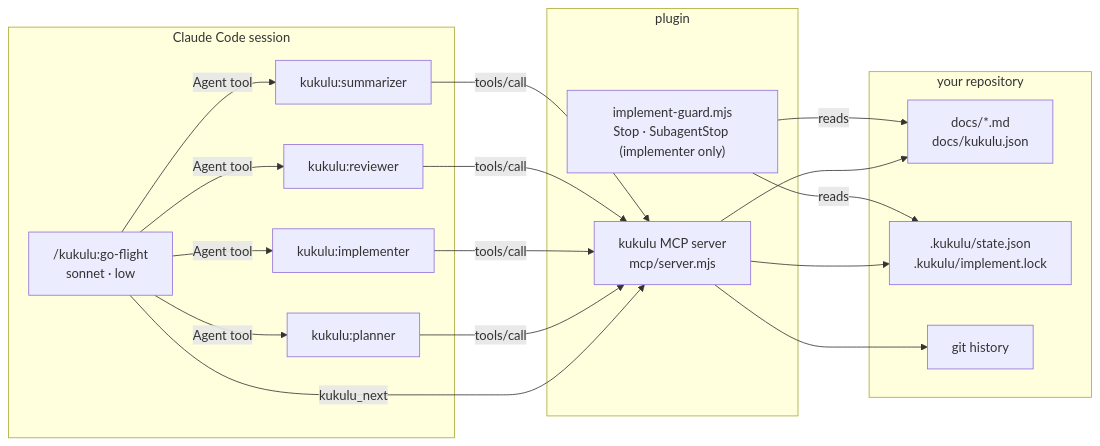
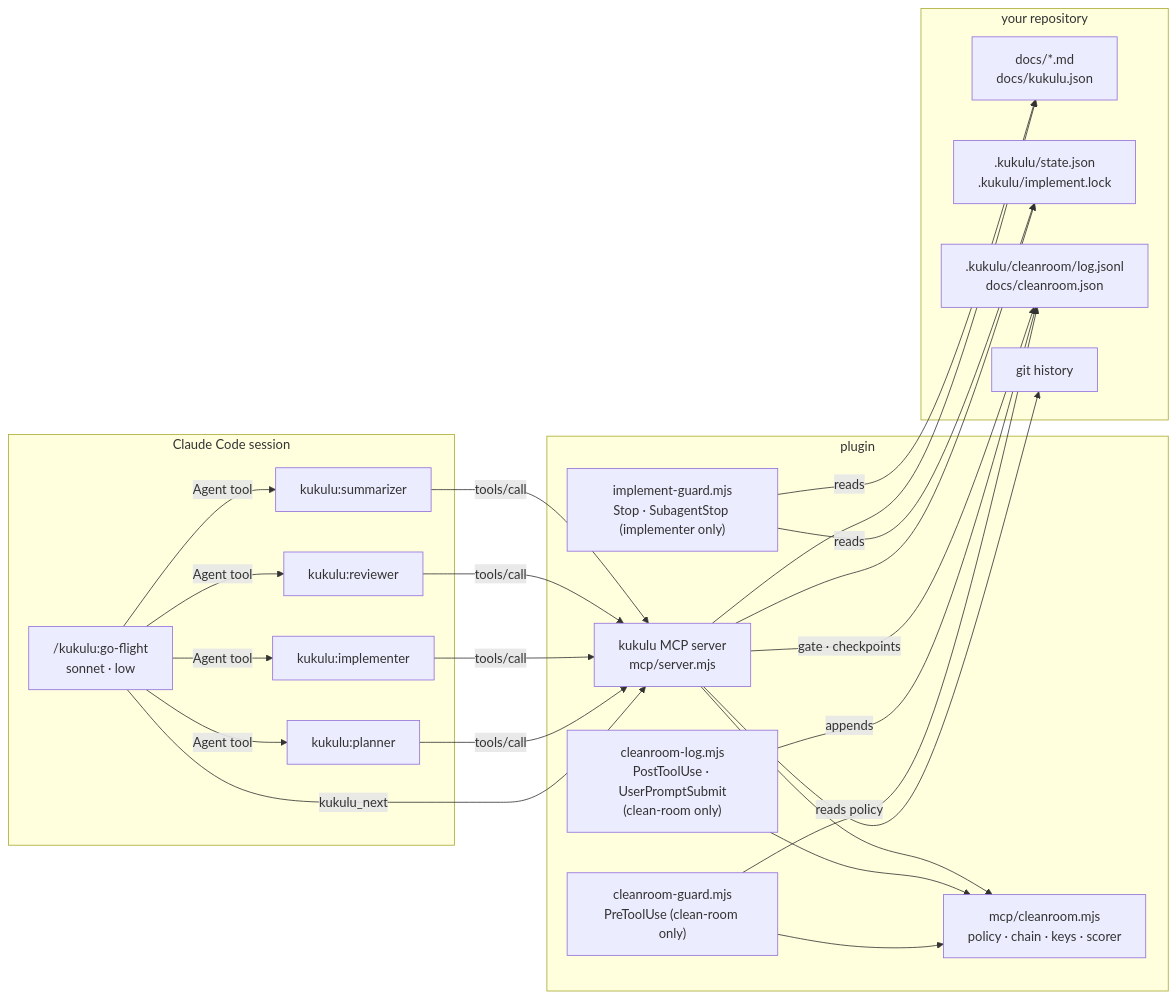
One commit to DisplaceTech/kukulu changed the first of 5 diagrams in docs/architecture.md. Above: the diagram before and after it, drawn with Mermaid. The commit also changed other lines of this file and 4 other files, not shown here.

First line of the commit message:
P6-01: Operations, architecture and writing-specs for 0.7.0

````diff
--- a/docs/architecture.md
+++ b/docs/architecture.md
@@ -7,30 +7,38 @@
 ```mermaid
 flowchart LR
     subgraph CC["Claude Code session"]
         GF["/kukulu:go-flight<br/>sonnet · low"]
         A1["kukulu:planner"]
         A2["kukulu:implementer"]
         A3["kukulu:reviewer"]
         A4["kukulu:summarizer"]
     end
 
     subgraph PL["plugin"]
         MCP["kukulu MCP server<br/>mcp/server.mjs"]
         HOOK["implement-guard.mjs<br/>Stop · SubagentStop (implementer only)"]
+        CRG["cleanroom-guard.mjs<br/>PreToolUse (clean-room only)"]
+        CRL["cleanroom-log.mjs<br/>PostToolUse · UserPromptSubmit<br/>(clean-room only)"]
+        CRM["mcp/cleanroom.mjs<br/>policy · chain · keys · scorer"]
     end
 
     subgraph REPO["your repository"]
         DOCS["docs/*.md<br/>docs/kukulu.json"]
         STATE[".kukulu/state.json<br/>.kukulu/implement.lock"]
+        LOG[".kukulu/cleanroom/log.jsonl<br/>docs/cleanroom.json"]
         GIT["git history"]
     end
 
     GF -->|"Agent tool"| A1 & A2 & A3 & A4
     GF -->|"kukulu_next"| MCP
     A1 & A2 & A3 & A4 -->|"tools/call"| MCP
     MCP --> DOCS
     MCP --> STATE
     MCP --> GIT
     HOOK -->|"reads"| STATE
     HOOK -->|"reads"| DOCS
+    CRG -->|"reads policy"| LOG
+    CRL -->|"appends"| LOG
+    MCP -->|"gate · checkpoints"| LOG
+    CRG & CRL & MCP --> CRM
 ```
````
